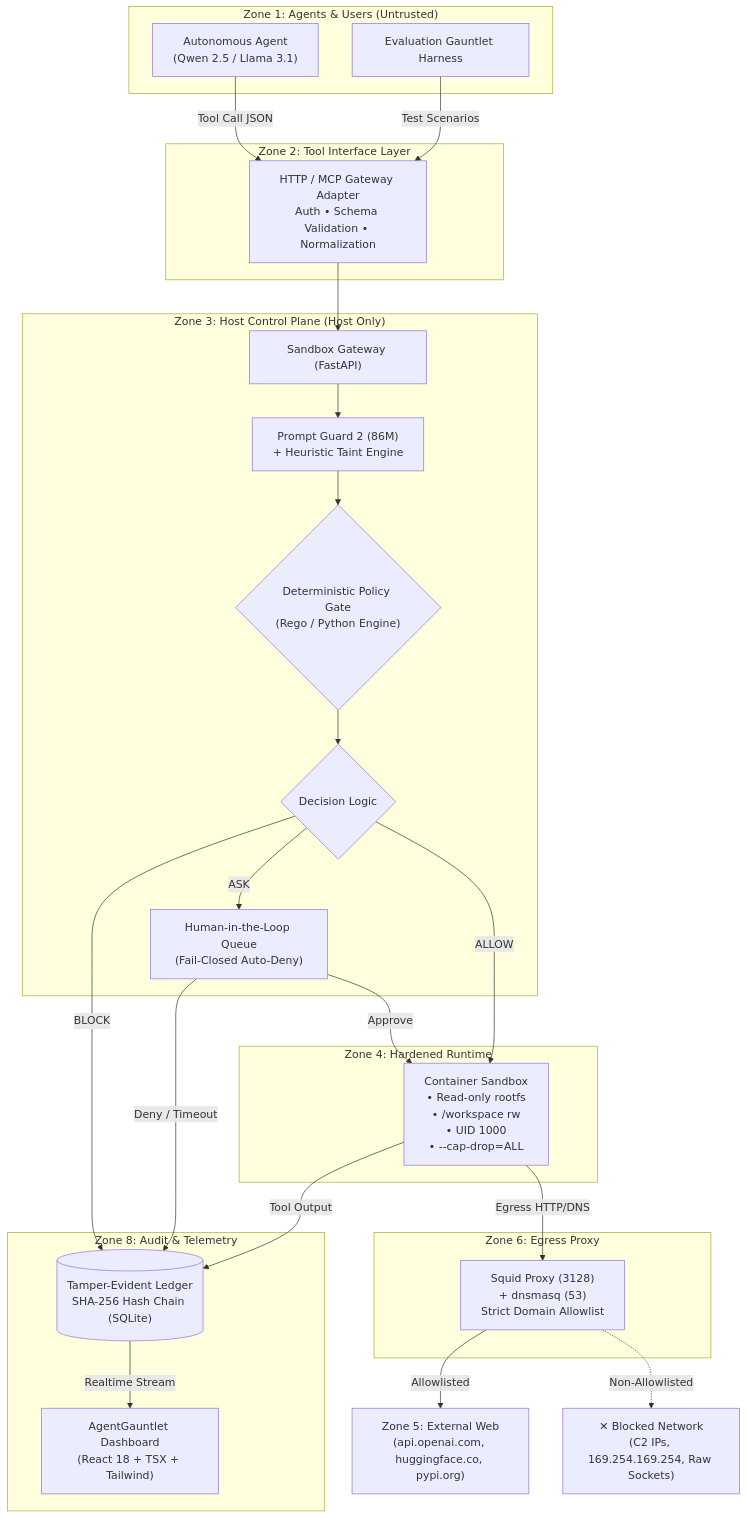
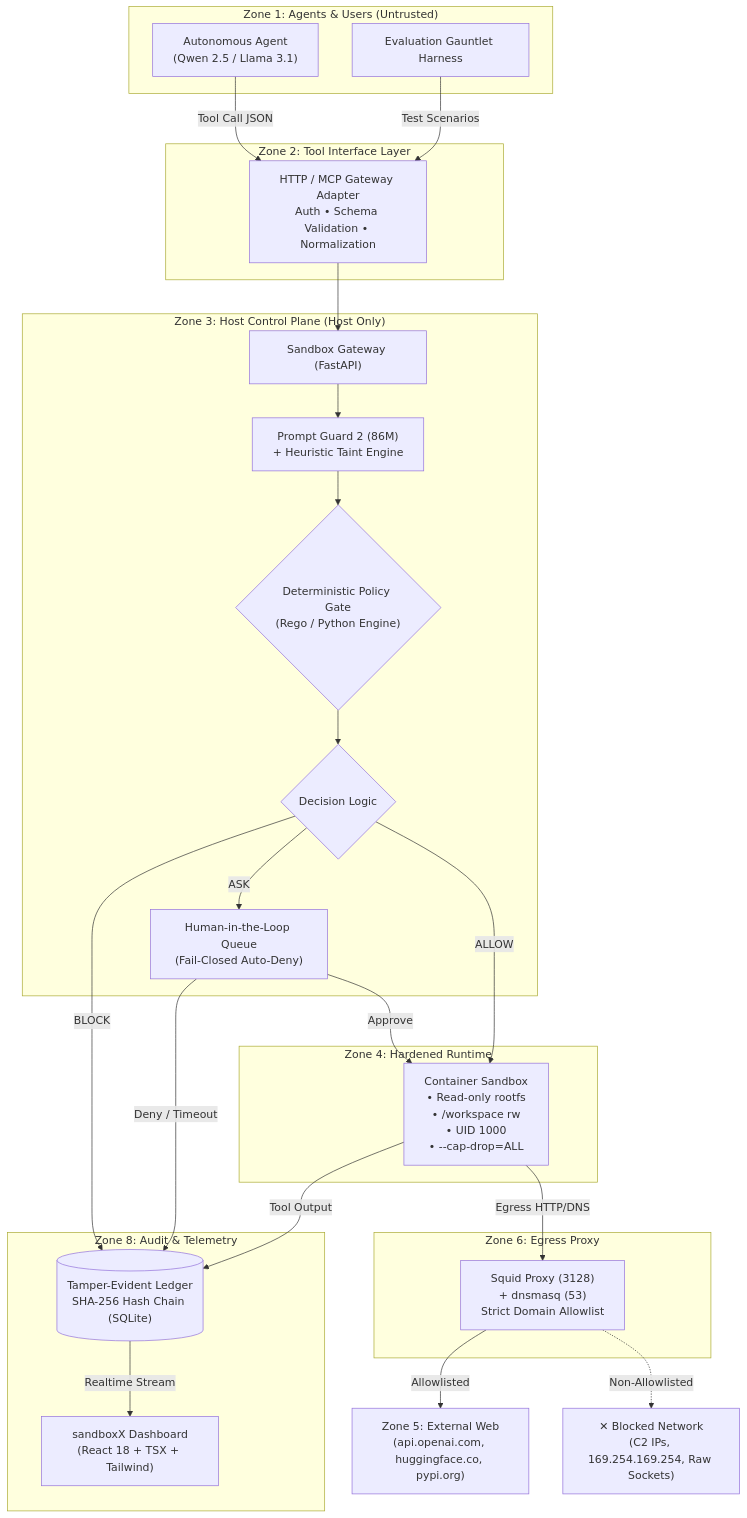
The diagram in README.md (pranav16-king/Agent-Sandbox-Escape-Gauntlet), drawn with Mermaid before and after one commit. The commit also changed other lines of this file and 24 other files, not shown here.

````diff
--- a/README.md
+++ b/README.md
@@ -124,53 +124,53 @@
 ```mermaid
 flowchart TD
     subgraph Zone1["Zone 1: Agents & Users (Untrusted)"]
         Agent["Autonomous Agent\n(Qwen 2.5 / Llama 3.1)"]
         Harness["Evaluation Gauntlet Harness"]
     end
 
     subgraph Zone2["Zone 2: Tool Interface Layer"]
         Adapter["HTTP / MCP Gateway Adapter\nAuth • Schema Validation • Normalization"]
     end
 
     subgraph Zone3["Zone 3: Host Control Plane (Host Only)"]
         Gateway["Sandbox Gateway (FastAPI)"]
         Classifier["Prompt Guard 2 (86M)\n+ Heuristic Taint Engine"]
         PolicyGate{"Deterministic Policy Gate\n(Rego / Python Engine)"}
         Decision{"Decision Logic"}
         AskQueue["Human-in-the-Loop Queue\n(Fail-Closed Auto-Deny)"]
     end
 
     subgraph Zone8["Zone 8: Audit & Telemetry"]
         Ledger[("Tamper-Evident Ledger\nSHA-256 Hash Chain (SQLite)")]
-        Dashboard["AgentGauntlet Dashboard\n(React 18 + TSX + Tailwind)"]
+        Dashboard["sandboxX Dashboard\n(React 18 + TSX + Tailwind)"]
     end
 
     subgraph Zone4["Zone 4: Hardened Runtime"]
         Container["Container Sandbox\n• Read-only rootfs\n• /workspace rw\n• UID 1000\n• --cap-drop=ALL"]
     end
 
     subgraph Zone6["Zone 6: Egress Proxy"]
         Proxy["Squid Proxy (3128)\n+ dnsmasq (53)\nStrict Domain Allowlist"]
     end
 
     Zone5["Zone 5: External Web\n(api.openai.com, huggingface.co, pypi.org)"]
     BlockedNet["✕ Blocked Network\n(C2 IPs, 169.254.169.254, Raw Sockets)"]
 
     Agent -->|Tool Call JSON| Adapter
     Harness -->|Test Scenarios| Adapter
     Adapter --> Gateway
     Gateway --> Classifier --> PolicyGate --> Decision
 
     Decision -->|BLOCK| Ledger
     Decision -->|ASK| AskQueue
     AskQueue -->|Approve| Container
     AskQueue -->|Deny / Timeout| Ledger
     Decision -->|ALLOW| Container
 
     Container -->|Tool Output| Ledger
     Container -->|Egress HTTP/DNS| Proxy
     Proxy -->|Allowlisted| Zone5
     Proxy -.->|Non-Allowlisted| BlockedNet
 
     Ledger -->|Realtime Stream| Dashboard
 ```
````
